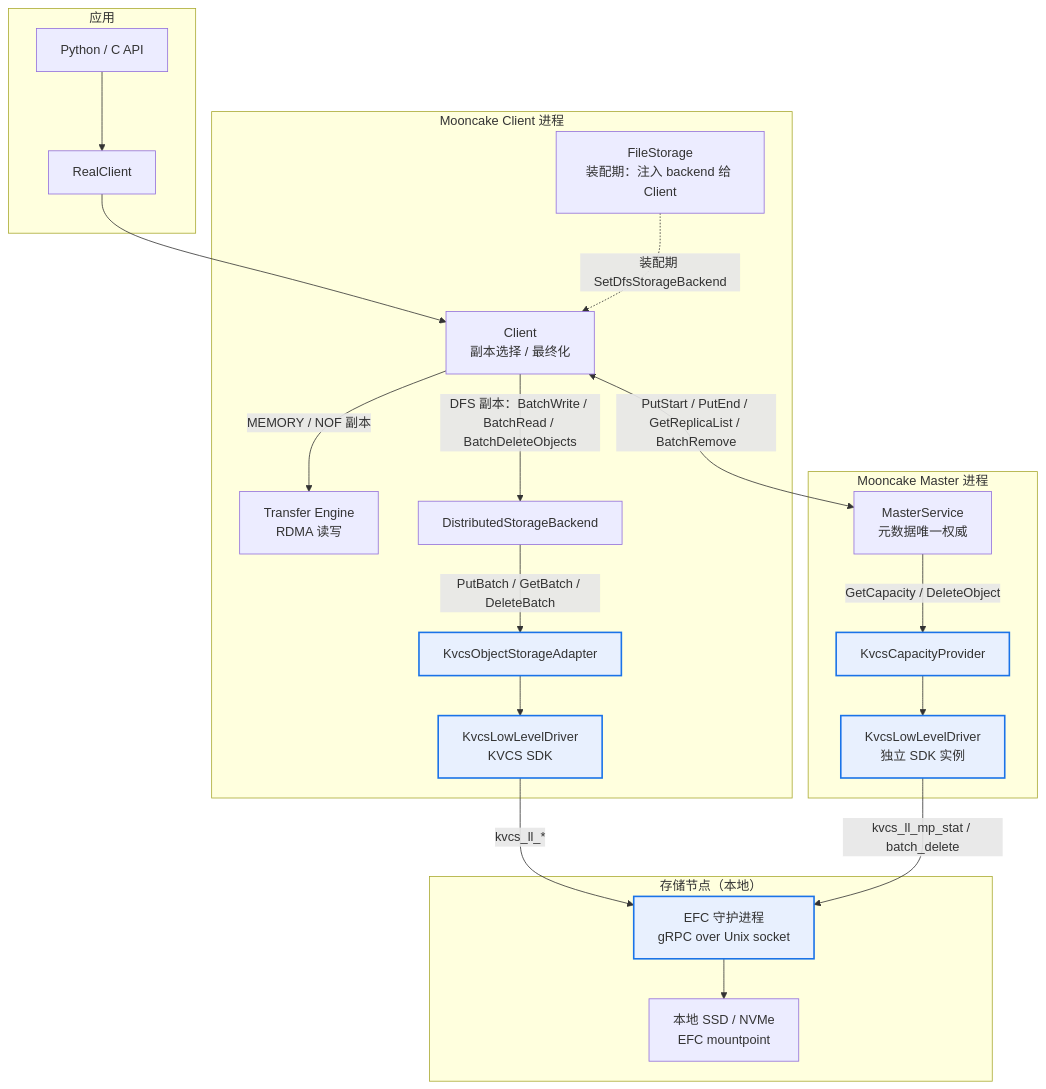
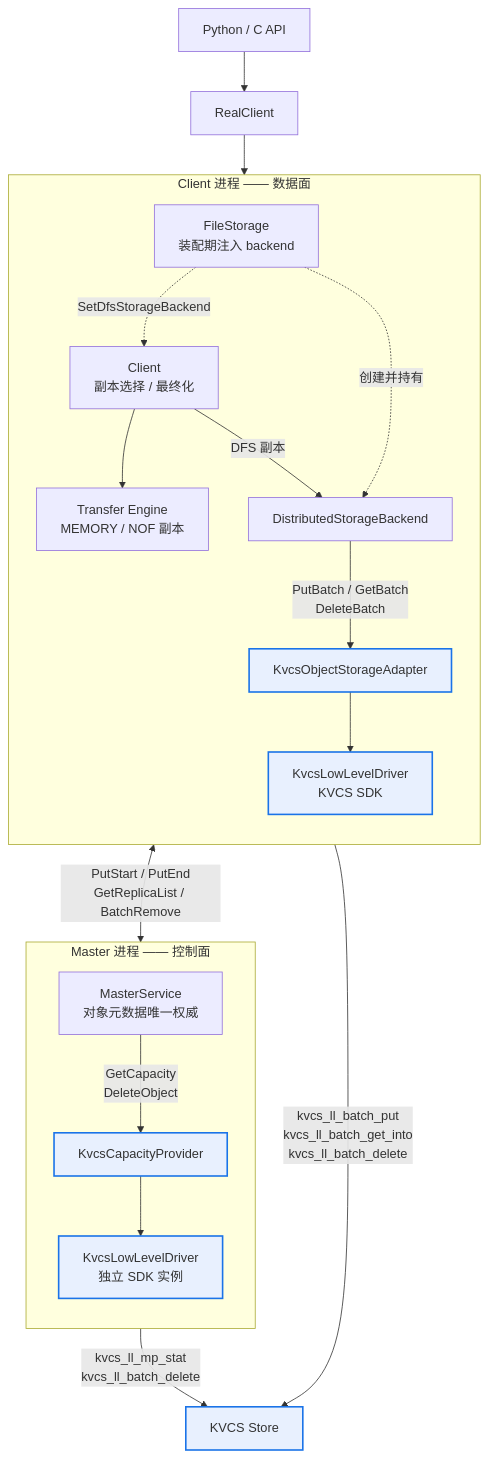
Before and after one commit to zwj20000328-dotcom/Mooncake-documents: the diagram in kvcs-system-position.md, drawn with Mermaid.

Commit message:
modified:   kvcs-system-position.md

````diff
--- a/kvcs-system-position.md
+++ b/kvcs-system-position.md
@@ -1,46 +1,41 @@
 ```mermaid
 flowchart TB
-    subgraph APP["应用"]
-        PY["Python / C API"]
-        RC["RealClient"]
-    end
+    PY["Python / C API"] --> RC["RealClient"]
 
-    subgraph CP["Mooncake Client 进程"]
+    subgraph CP["Client 进程 —— 数据面"]
+        direction TB
         CL["Client<br/>副本选择 / 最终化"]
-        TE["Transfer Engine<br/>RDMA 读写"]
-        FS["FileStorage<br/>装配期：注入 backend 给 Client"]
+        TE["Transfer Engine<br/>MEMORY / NOF 副本"]
+        FS["FileStorage<br/>装配期注入 backend"]
         DSB["DistributedStorageBackend"]
         KOA["KvcsObjectStorageAdapter"]
         KLD["KvcsLowLevelDriver<br/>KVCS SDK"]
+
+        CL --> TE
+        CL -->|DFS 副本| DSB
+        FS -.->|创建并持有| DSB
+        FS -.->|SetDfsStorageBackend| CL
+        DSB -->|PutBatch / GetBatch<br/>DeleteBatch| KOA
+        KOA --> KLD
     end
 
-    subgraph MP["Mooncake Master 进程"]
-        MS["MasterService<br/>元数据唯一权威"]
+    subgraph MP["Master 进程 —— 控制面"]
+        direction TB
+        MS["MasterService<br/>对象元数据唯一权威"]
         KCP["KvcsCapacityProvider"]
         KLD2["KvcsLowLevelDriver<br/>独立 SDK 实例"]
+
+        MS -->|GetCapacity<br/>DeleteObject| KCP
+        KCP --> KLD2
     end
 
-    subgraph SN["存储节点（本地）"]
-        EFC["EFC 守护进程<br/>gRPC over Unix socket"]
-        DISK["本地 SSD / NVMe<br/>EFC mountpoint"]
-    end
+    STORE["KVCS Store"]
 
-    PY --> RC --> CL
-
-    FS -. 装配期 SetDfsStorageBackend .-> CL
-    CL -->|MEMORY / NOF 副本| TE
-    CL -->|DFS 副本：BatchWrite / BatchRead / BatchDeleteObjects| DSB
-
-    DSB -->|PutBatch / GetBatch / DeleteBatch| KOA
-    KOA --> KLD
-    KLD -->|kvcs_ll_*| EFC
-    EFC --> DISK
-
-    CL <-->|PutStart / PutEnd / GetReplicaList / BatchRemove| MS
-    MS -->|GetCapacity / DeleteObject| KCP
-    KCP --> KLD2
-    KLD2 -->|kvcs_ll_mp_stat / batch_delete| EFC
+    RC --> CL
+    CL <-->|PutStart / PutEnd<br/>GetReplicaList / BatchRemove| MS
+    KLD -->|kvcs_ll_batch_put<br/>kvcs_ll_batch_get_into<br/>kvcs_ll_batch_delete| STORE
+    KLD2 -->|kvcs_ll_mp_stat<br/>kvcs_ll_batch_delete| STORE
 
     classDef kvcs fill:#e8f0fe,stroke:#1a73e8,stroke-width:2px;
-    class KOA,KLD,KLD2,KCP,EFC kvcs;
+    class KOA,KLD,KLD2,KCP,STORE kvcs;
 ```
````
